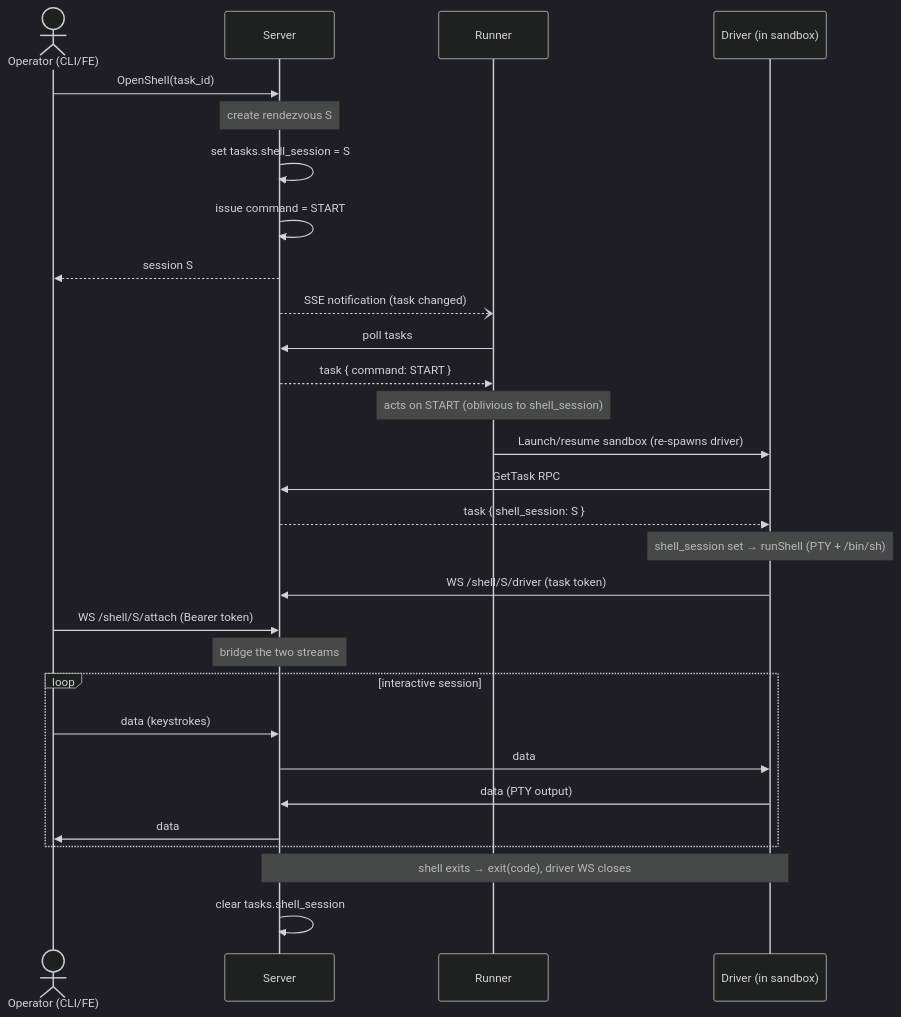
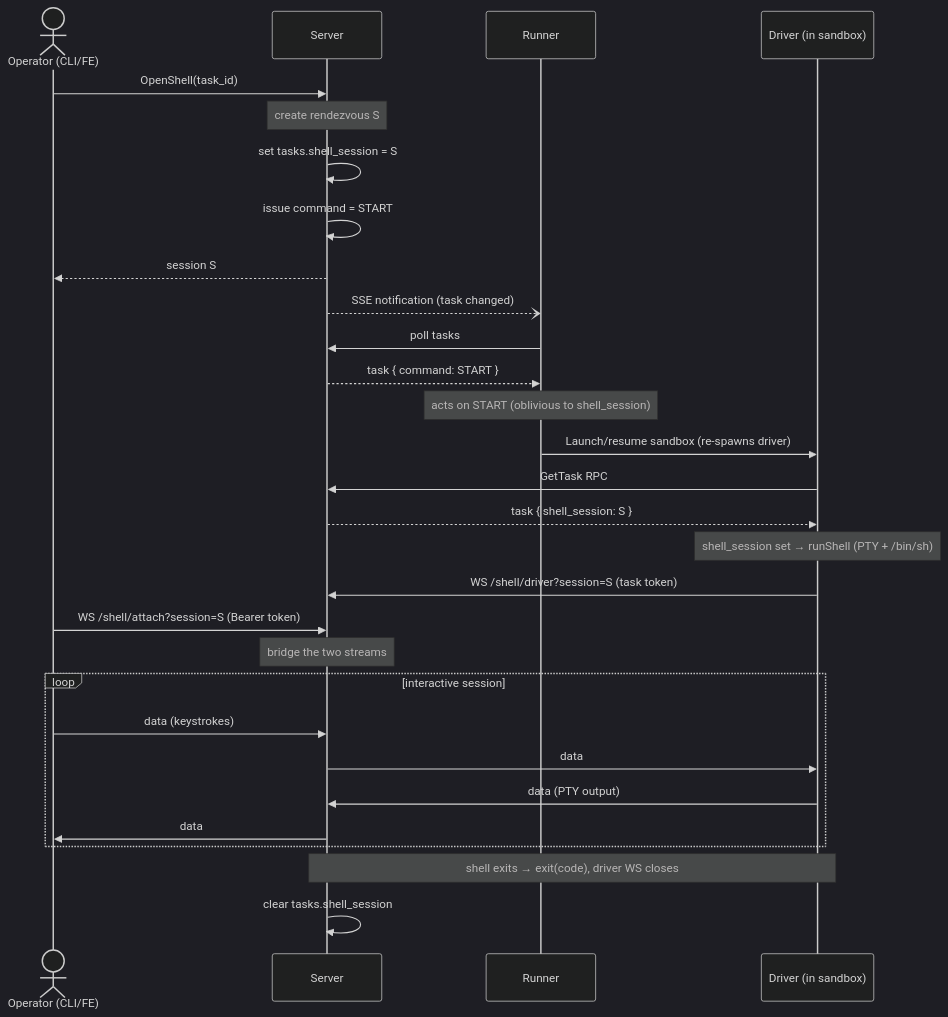
The diagram in proposals/draft/driver-reverse-shell.md (icholy/xagent), drawn with Mermaid (dark theme) before and after one commit. The commit also changed other lines of this file and 8 other files, not shown here.

First line of the commit message:
refactor: carry shell session id as a query param

````diff
--- a/proposals/draft/driver-reverse-shell.md
+++ b/proposals/draft/driver-reverse-shell.md
@@ -114,37 +114,37 @@
 ```mermaid
 sequenceDiagram
     actor Op as Operator (CLI/FE)
     participant Server
     participant Runner
     participant Driver as Driver (in sandbox)
 
     Op->>Server: OpenShell(task_id)
     Note over Server: create rendezvous S
     Server->>Server: set tasks.shell_session = S
     Server->>Server: issue command = START
     Server-->>Op: session S
 
     Server--)Runner: SSE notification (task changed)
     Runner->>Server: poll tasks
     Server-->>Runner: task { command: START }
     Note over Runner: acts on START (oblivious to shell_session)
     Runner->>Driver: Launch/resume sandbox (re-spawns driver)
 
     Driver->>Server: GetTask RPC
     Server-->>Driver: task { shell_session: S }
     Note over Driver: shell_session set → runShell (PTY + /bin/sh)
 
-    Driver->>Server: WS /shell/S/driver (task token)
-    Op->>Server: WS /shell/S/attach (Bearer token)
+    Driver->>Server: WS /shell/driver?session=S (task token)
+    Op->>Server: WS /shell/attach?session=S (Bearer token)
     Note over Server: bridge the two streams
 
     loop interactive session
         Op->>Server: data (keystrokes)
         Server->>Driver: data
         Driver->>Server: data (PTY output)
         Server->>Op: data
     end
 
     Note over Driver,Server: shell exits → exit(code), driver WS closes
     Server->>Server: clear tasks.shell_session
 ```
````
